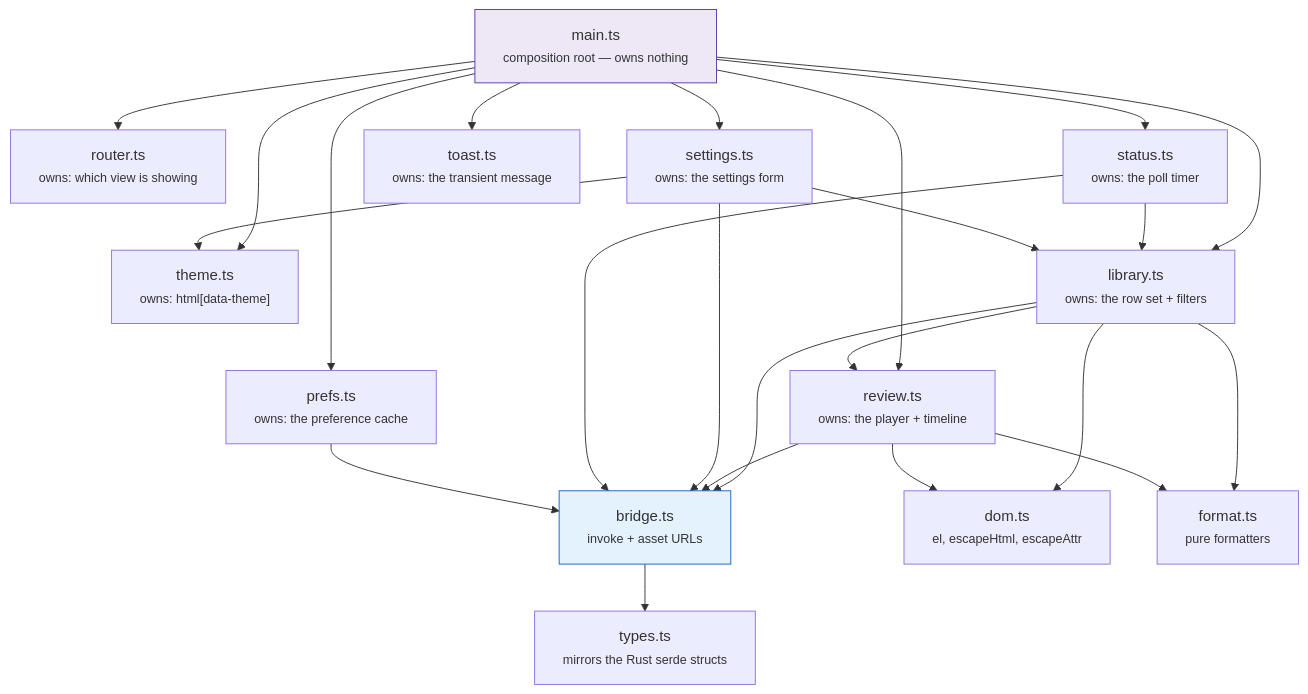
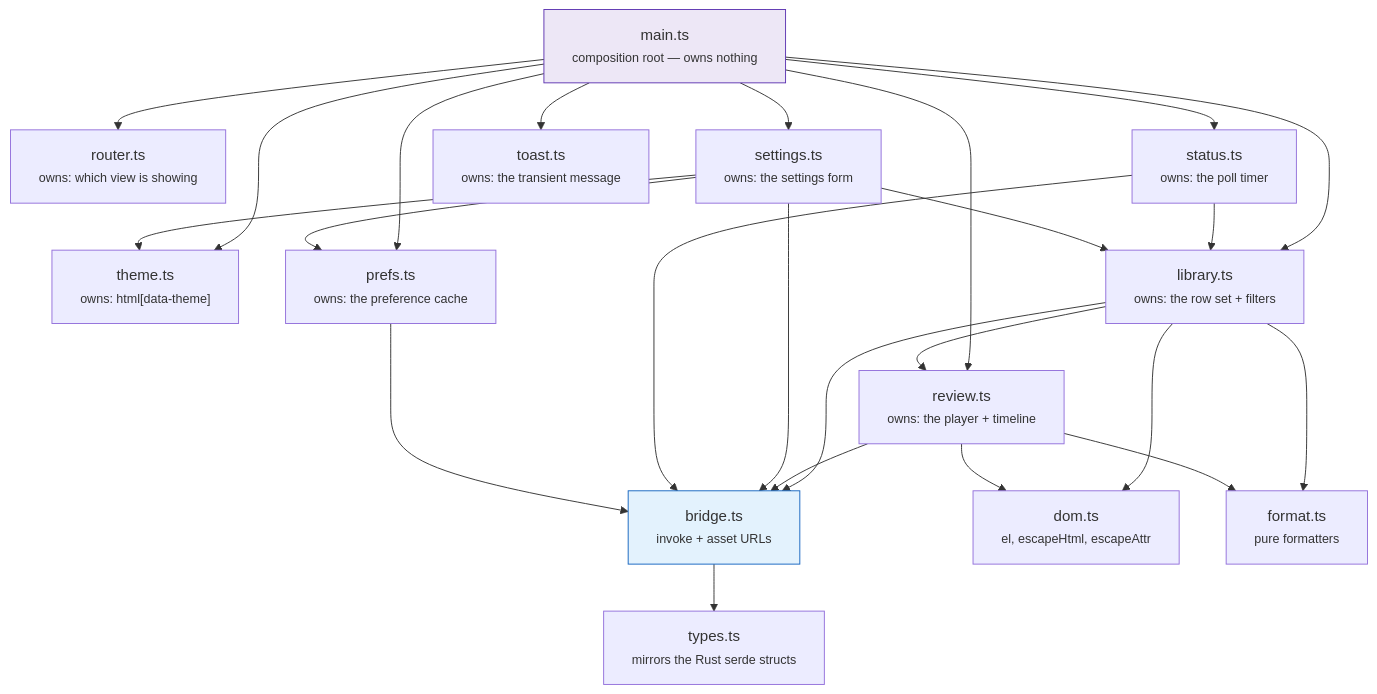
One commit to NinjaGoldfinch/ninja-recorder changed the first of 4 diagrams in docs/frontend.md. Above: the diagram before and after it, drawn with Mermaid. The commit also changed 3 other files, not shown here.

````diff
--- a/docs/frontend.md
+++ b/docs/frontend.md
@@ -13,41 +13,42 @@
 ```mermaid
 flowchart TB
     MAIN["main.ts<br/><small>composition root — owns nothing</small>"]
     ROUTER["router.ts<br/><small>owns: which view is showing</small>"]
     THEME["theme.ts<br/><small>owns: html[data-theme]</small>"]
     PREFS["prefs.ts<br/><small>owns: the preference cache</small>"]
     STATUS["status.ts<br/><small>owns: the poll timer</small>"]
     LIB["library.ts<br/><small>owns: the row set + filters</small>"]
     REVIEW["review.ts<br/><small>owns: the player + timeline</small>"]
     SETTINGS["settings.ts<br/><small>owns: the settings form</small>"]
     TOAST["toast.ts<br/><small>owns: the transient message</small>"]
     BRIDGE["bridge.ts<br/><small>invoke + asset URLs</small>"]
     DOM["dom.ts<br/><small>el, escapeHtml, escapeAttr</small>"]
     FMT["format.ts<br/><small>pure formatters</small>"]
     TYPES["types.ts<br/><small>mirrors the Rust serde structs</small>"]
 
     MAIN --> ROUTER
     MAIN --> THEME
     MAIN --> PREFS
     MAIN --> STATUS
     MAIN --> LIB
     MAIN --> REVIEW
     MAIN --> SETTINGS
     MAIN --> TOAST
     STATUS --> LIB
     SETTINGS --> LIB
     SETTINGS --> THEME
+    SETTINGS --> PREFS
     LIB --> REVIEW
     LIB --> BRIDGE
     REVIEW --> BRIDGE
     SETTINGS --> BRIDGE
     STATUS --> BRIDGE
     PREFS --> BRIDGE
     LIB --> FMT
     REVIEW --> FMT
     LIB --> DOM
     REVIEW --> DOM
     BRIDGE --> TYPES
     style MAIN fill:#ede7f6,stroke:#5e35b1
     style BRIDGE fill:#e3f2fd,stroke:#1565c0
 ```
````
